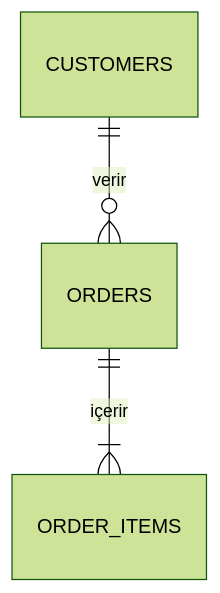
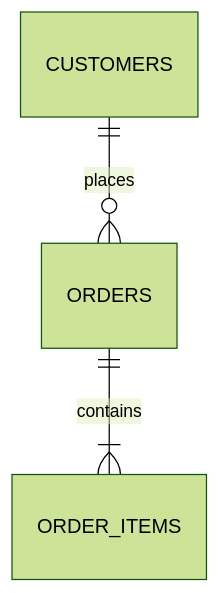
One commit to bturksoy/claude-code-app-studio changed the diagram in .claude/agents/sql-developer.md. Above: the diagram before and after it, drawn with Mermaid (forest theme). The commit also changed other lines of this file and 87 other files, not shown here.

````diff
--- a/.claude/agents/sql-developer.md
+++ b/.claude/agents/sql-developer.md
@@ -84,5 +84,5 @@
 ```mermaid
 erDiagram
-  CUSTOMERS ||--o{ ORDERS : "verir"
-  ORDERS ||--|{ ORDER_ITEMS : "içerir"
+  CUSTOMERS ||--o{ ORDERS : "places"
+  ORDERS ||--|{ ORDER_ITEMS : "contains"
 ```
````
